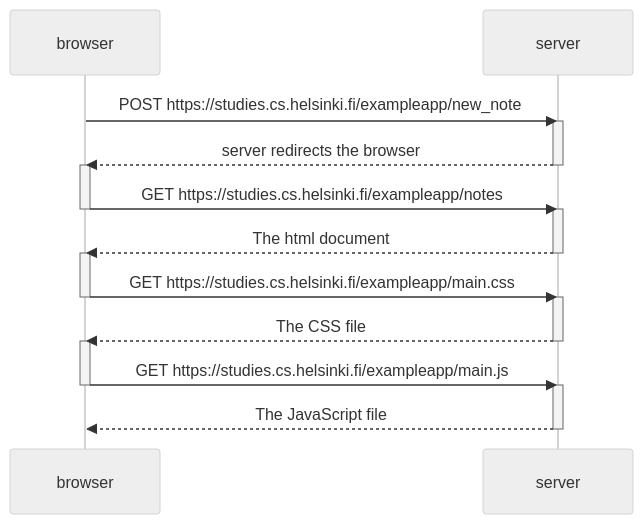
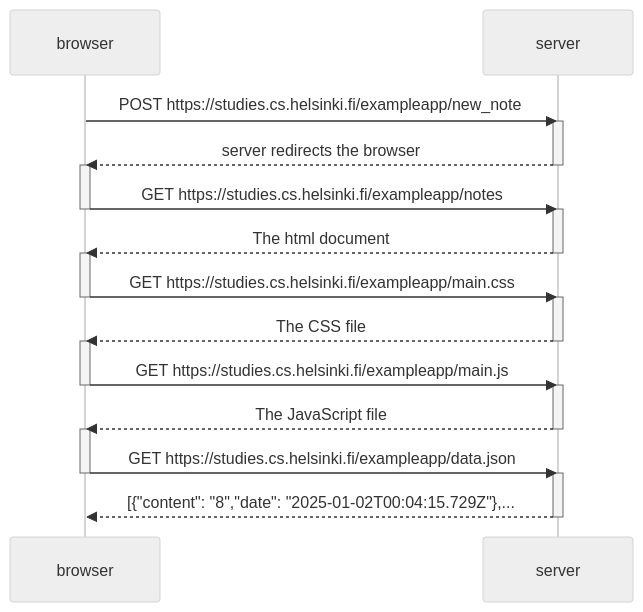
The diagram in osa0/sequencechart.md (TegelVee/Fullstack_exerciserepo), drawn with Mermaid (neutral theme) before and after one commit.

````diff
--- a/osa0/sequencechart.md
+++ b/osa0/sequencechart.md
@@ -3,33 +3,38 @@
 ```mermaid
 sequenceDiagram
   participant browser
   participant server
   browser->>server: POST https://studies.cs.helsinki.fi/exampleapp/new_note
   activate server
   server-->>browser: server redirects the browser
   deactivate server
   
   activate browser
   browser->>server: GET https://studies.cs.helsinki.fi/exampleapp/notes
   deactivate browser
   activate server
   server-->>browser: The html document
   deactivate server
 
   activate browser
   browser->>server: GET https://studies.cs.helsinki.fi/exampleapp/main.css
   deactivate browser
   activate server
   server-->>browser: The CSS file
   deactivate server
 
   activate browser
   browser->>server: GET https://studies.cs.helsinki.fi/exampleapp/main.js
   deactivate browser
   activate server
   server-->>browser: The JavaScript file
   deactivate server
 
-  
+  activate browser
+  browser->>server: GET https://studies.cs.helsinki.fi/exampleapp/data.json
+  deactivate browser
+  activate server
+  server-->>browser: [{"content": "8","date": "2025-01-02T00:04:15.729Z"},...
+  deactivate server
 
 ```
````
